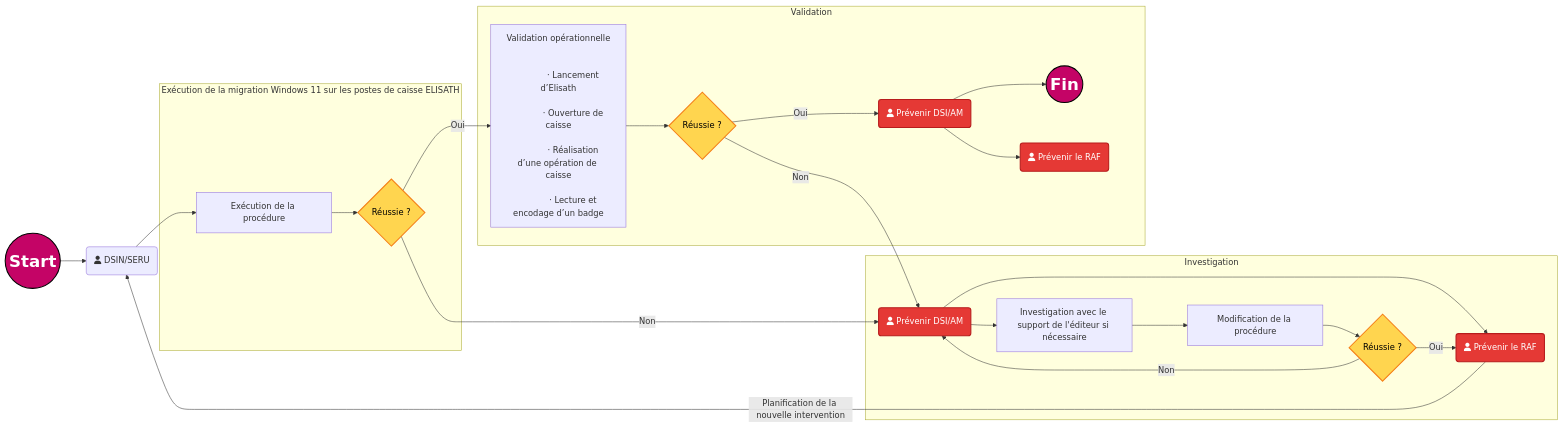
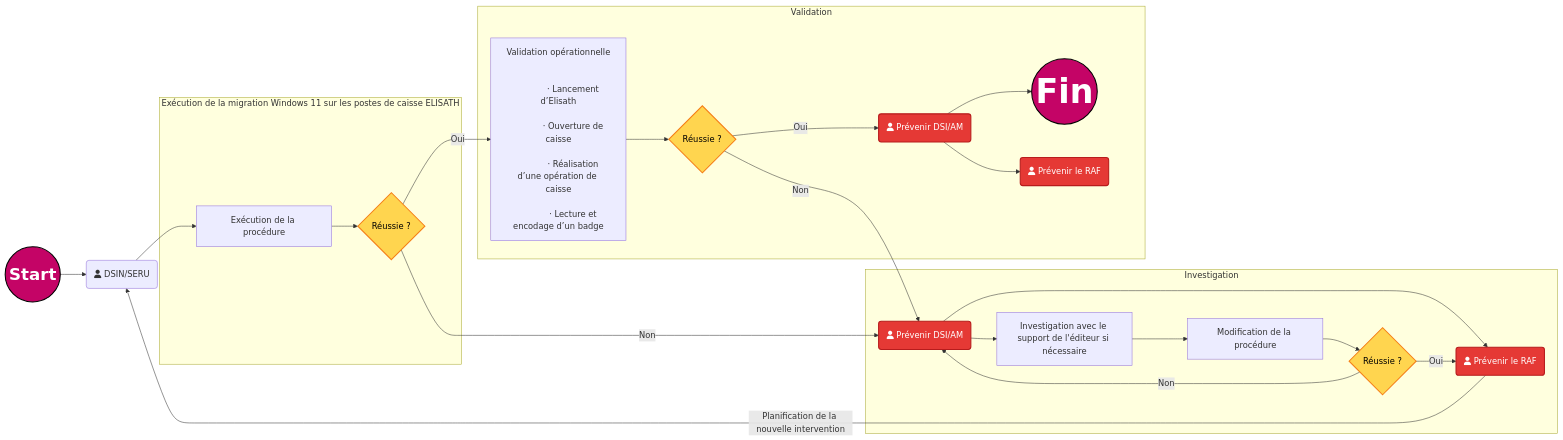
Before and after one commit to fdadda/iodraw-files: the diagram in all/Flux de validation.md, drawn with Mermaid.

Commit message:
2026-05-12 11:46:54 update

````diff
--- a/all/Flux de validation.md
+++ b/all/Flux de validation.md
@@ -1,60 +1,60 @@
 ```mermaid
 flowchart LR
 
     start((Start)) --> A
     A(fa:fa-user DSIN/SERU) --> B[Exécution de la procédure]
 
     subgraph Exécution de la migration Windows 11 sur les postes de caisse ELISATH
         B --> C{Réussie ?}
     end
 
     subgraph Validation
         C -->|Oui| D["Validation opérationnelle<br/><br/>
             · Lancement d’Elisath<br/>
             · Ouverture de caisse<br/>
             · Réalisation d’une opération de caisse<br/>
             · Lecture et encodage d’un badge"]
 
         D --> Val{Réussie ?}
 
         Val -->|Oui| PrevDSI(fa:fa-user Prévenir DSI/AM)
        
         PrevDSI --> fin((Fin))
         PrevDSI  --> PrevRAF(fa:fa-user Prévenir le RAF)
     end
     Val --> |Non| E
     subgraph Investigation
         C -->|Non| E(fa:fa-user Prévenir DSI/AM)
         E --> F(fa:fa-user Prévenir le RAF)
         E --> G[Investigation avec le support de l'éditeur si nécessaire]
         G --> H[Modification de la procédure]
         H --> I{Réussie ?}
         I -->|Oui| F
         I -->|Non| E
     end
 
     F -->|Planification de la nouvelle intervention| A
 
     %% --- STYLES ---
-    classDef StartEndPoint fill:#c40466,stroke:#000,color:#fff,stroke-width:2px,font-size:6,font-weight:bold;
+    classDef StartEndPoint fill:#c40466,stroke:#000,color:#fff,stroke-width:2px,font-size:64px,font-weight:bold;
     classDef decision      fill:#ffd54f,stroke:#f57f17,color:#000,stroke-width:2px;
     classDef error         fill:#e53935,stroke:#b71c1c,color:#fff,stroke-width:2px;
 
     %% --- AFFECTATION DES CLASSES ---
     class start,fin StartEndPoint;
     class C,I,Val decision;
     class E,F,PrevDSI,PrevRAF error;
 
     %% --- “CEINTURE + BRETELLES” (force le style sur les 2 nœuds) ---
     style start font-size:32px,font-weight:bold
-    style fin   font-size:32px,font-weight:bold
+    %%style fin   font-size:32px,font-weight:bold
 
     %% --- Codes couleur (commentaires) ---
     %% Bleu marine #000080
     %% Midnight blue #191970
     %% Bleu foncé intense #080F70
     %% Bleu foncé moderne #111184
     %% Orange #ffd54f
     %% Rouge #e53935
     %% Rose CAPI #c40466
 ```
````
